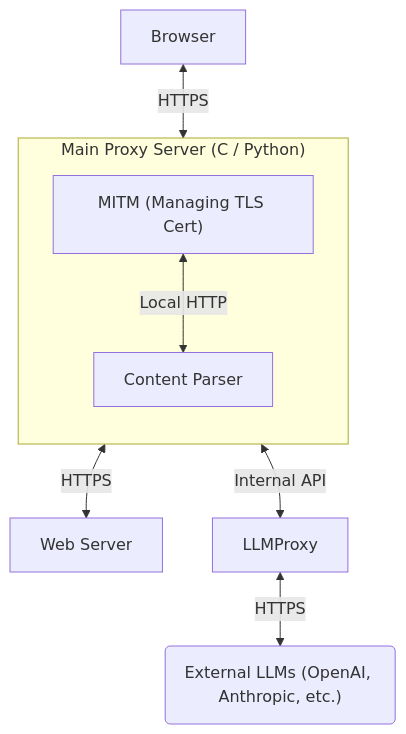
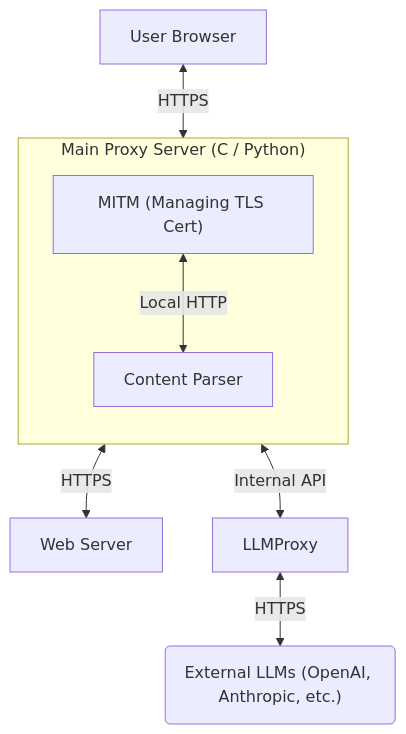
The diagram in projects/LLM Connected Proxy.md (larrison23/Personal-Website), drawn with Mermaid before and after one commit. The commit also changed other lines of this file, not shown here.

````diff
--- a/projects/LLM Connected Proxy.md
+++ b/projects/LLM Connected Proxy.md
@@ -11,20 +11,20 @@
 ```mermaid
 flowchart TD
 	Browser["User Browser"]
 
     subgraph C_Proxy ["Main Proxy Server (C / Python)"]
         direction TB
         Interceptor["MITM (Managing TLS Cert)"]
         Parser["Content Parser"]
     end
 
-    Browser["Browser"] <-->|"HTTPS"| Interceptor
+    Browser <-->|"HTTPS"| Interceptor
 	
 	Interceptor <-->|"HTTPS"| Server["Web Server"]
 	
 	Interceptor <-->|"Local HTTP"| Parser
     
 	Parser <-->|"Internal API"| LLMProxy["LLMProxy"]
 
 	LLMProxy <--> |"HTTPS"|Modify("External LLMs (OpenAI, Anthropic, etc.)")
 ```
````
